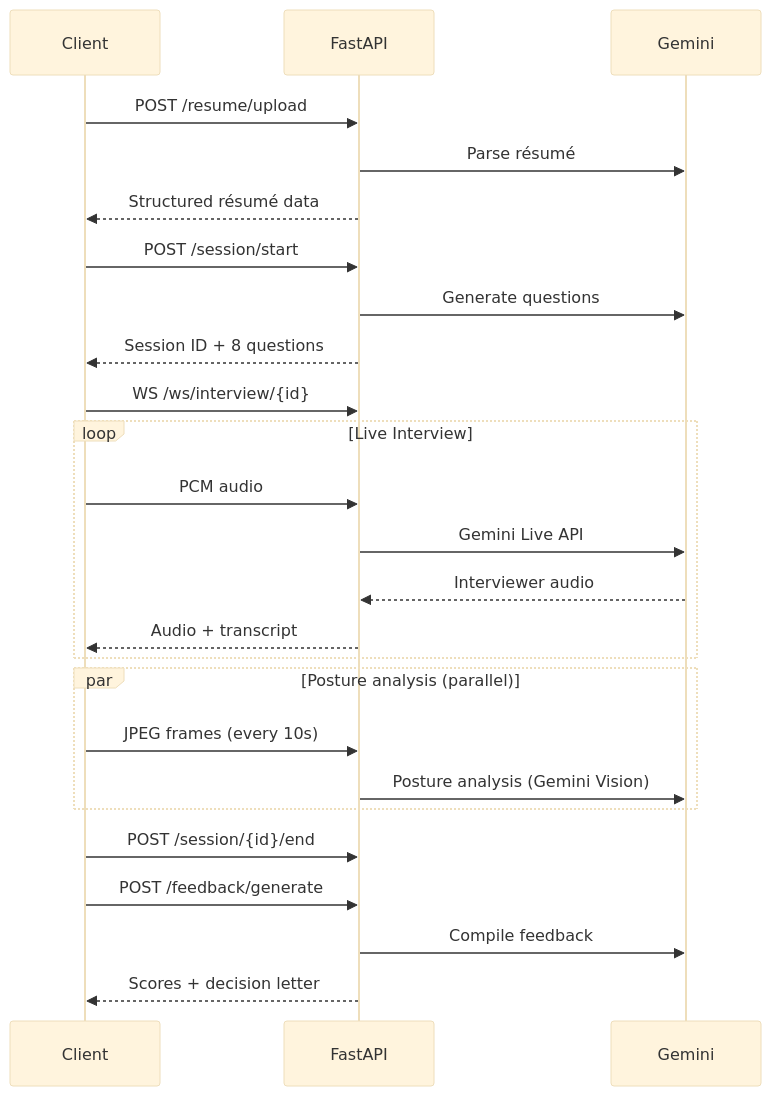
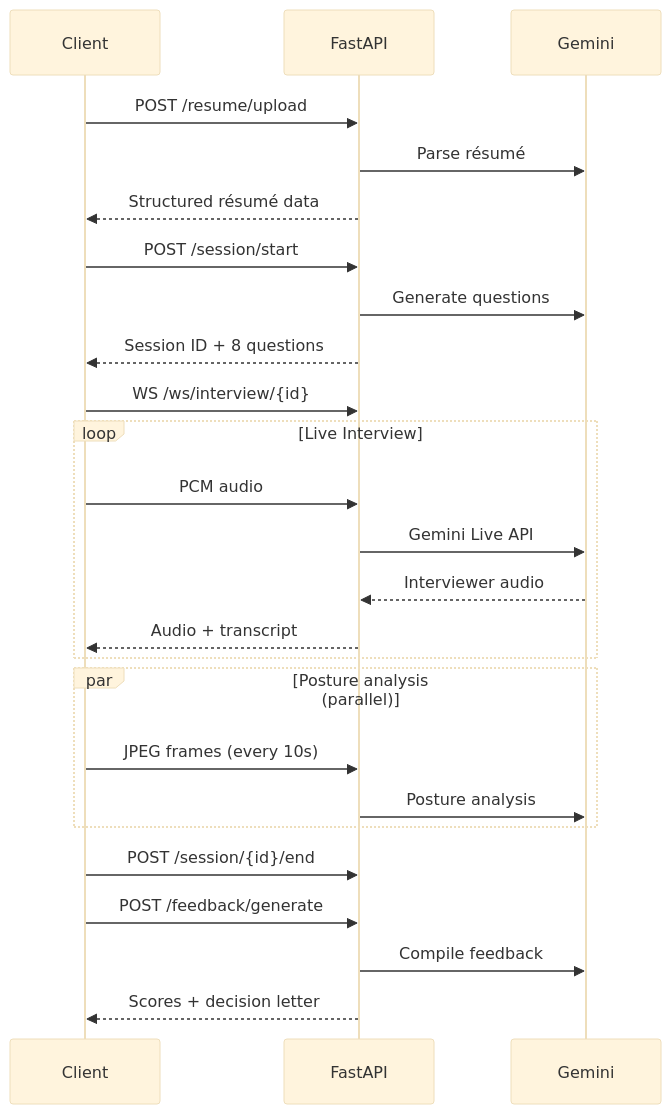
One commit to mockmate-app/mockmate changed the second of 2 diagrams in backend/README.md. Above: the diagram before and after it, drawn with Mermaid (base theme). The commit also changed 3 other files, not shown here.

````diff
--- a/backend/README.md
+++ b/backend/README.md
@@ -167,32 +167,32 @@
 ```mermaid
 sequenceDiagram
     participant Client
     participant API as FastAPI
     participant AI as Gemini
 
     Client->>API: POST /resume/upload
     API->>AI: Parse résumé
     API-->>Client: Structured résumé data
 
     Client->>API: POST /session/start
     API->>AI: Generate questions
     API-->>Client: Session ID + 8 questions
 
     Client->>API: WS /ws/interview/{id}
     loop Live Interview
         Client->>API: PCM audio
         API->>AI: Gemini Live API
         AI-->>API: Interviewer audio
         API-->>Client: Audio + transcript
     end
 
     par Posture analysis (parallel)
         Client->>API: JPEG frames (every 10s)
-        API->>AI: Posture analysis (Gemini Vision)
+        API->>AI: Posture analysis
     end
 
     Client->>API: POST /session/{id}/end
     Client->>API: POST /feedback/generate
     API->>AI: Compile feedback
     API-->>Client: Scores + decision letter
 ```
````
